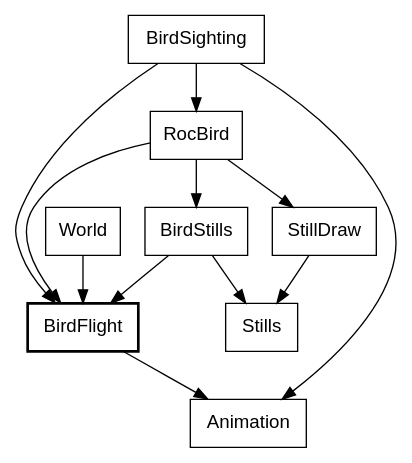
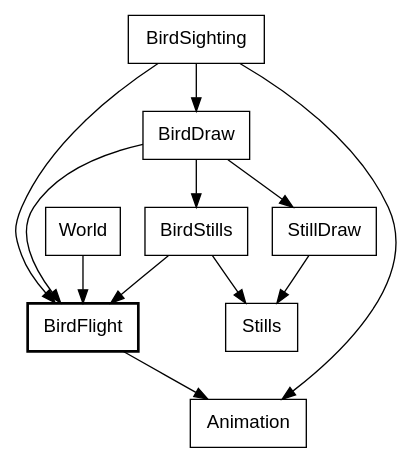
One commit to showell/roc-apps changed diagram 12 of 19 in canvas_apps/safari/tutorial/tutorial.md. Above: the diagram before and after it, drawn with Graphviz. The commit also changed other lines of this file and 7 other files, not shown here.

First line of the commit message:
safari: RocBird becomes BirdDraw

````diff
--- a/canvas_apps/safari/tutorial/tutorial.md
+++ b/canvas_apps/safari/tutorial/tutorial.md
@@ -738,17 +738,17 @@
 ```dot
 digraph bird {
   node [shape=box, fontname="Helvetica"];
   BirdFlight [style=bold];
   World -> BirdFlight;
   BirdSighting -> BirdFlight;
-  BirdSighting -> RocBird;
+  BirdSighting -> BirdDraw;
   BirdSighting -> Animation;
-  RocBird -> BirdFlight;
-  RocBird -> BirdStills;
-  RocBird -> StillDraw;
+  BirdDraw -> BirdFlight;
+  BirdDraw -> BirdStills;
+  BirdDraw -> StillDraw;
   BirdStills -> BirdFlight;
   BirdStills -> Stills;
   StillDraw -> Stills;
   BirdFlight -> Animation;
 }
 ```
````
